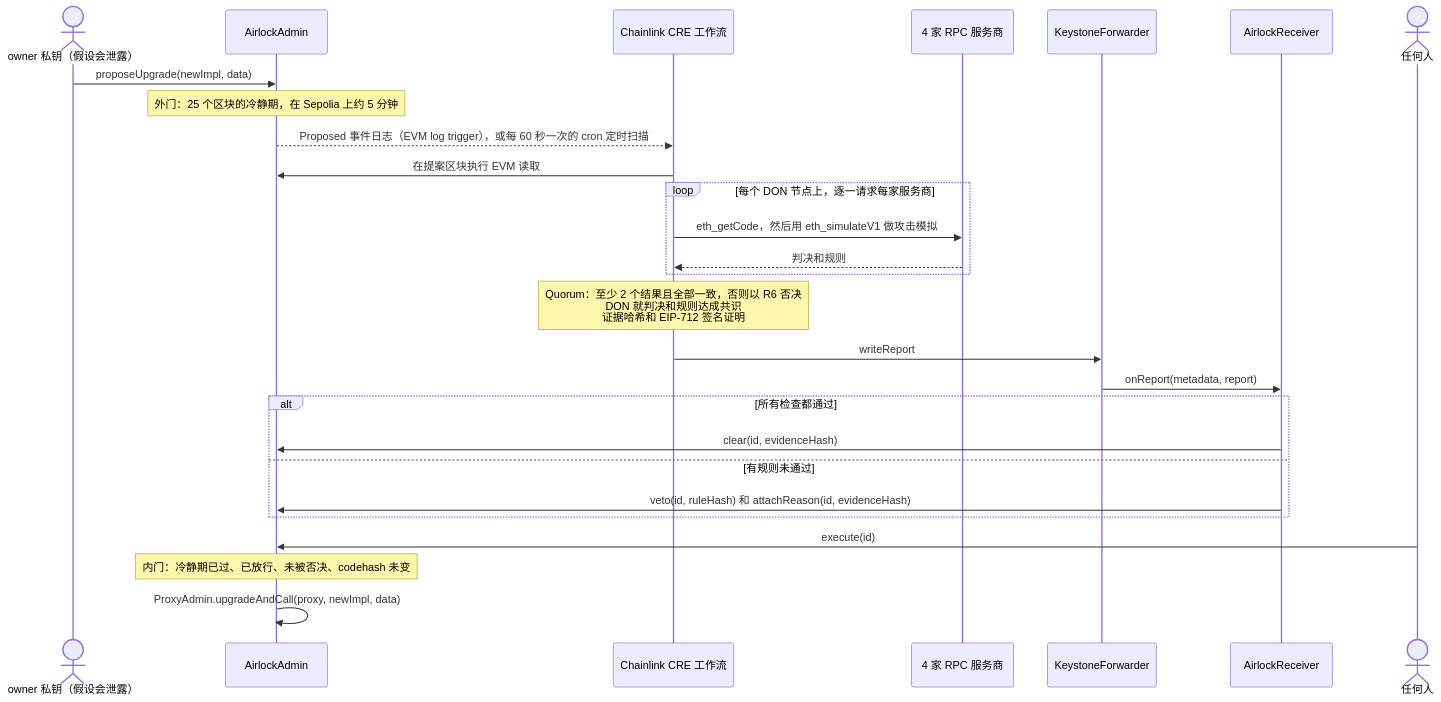
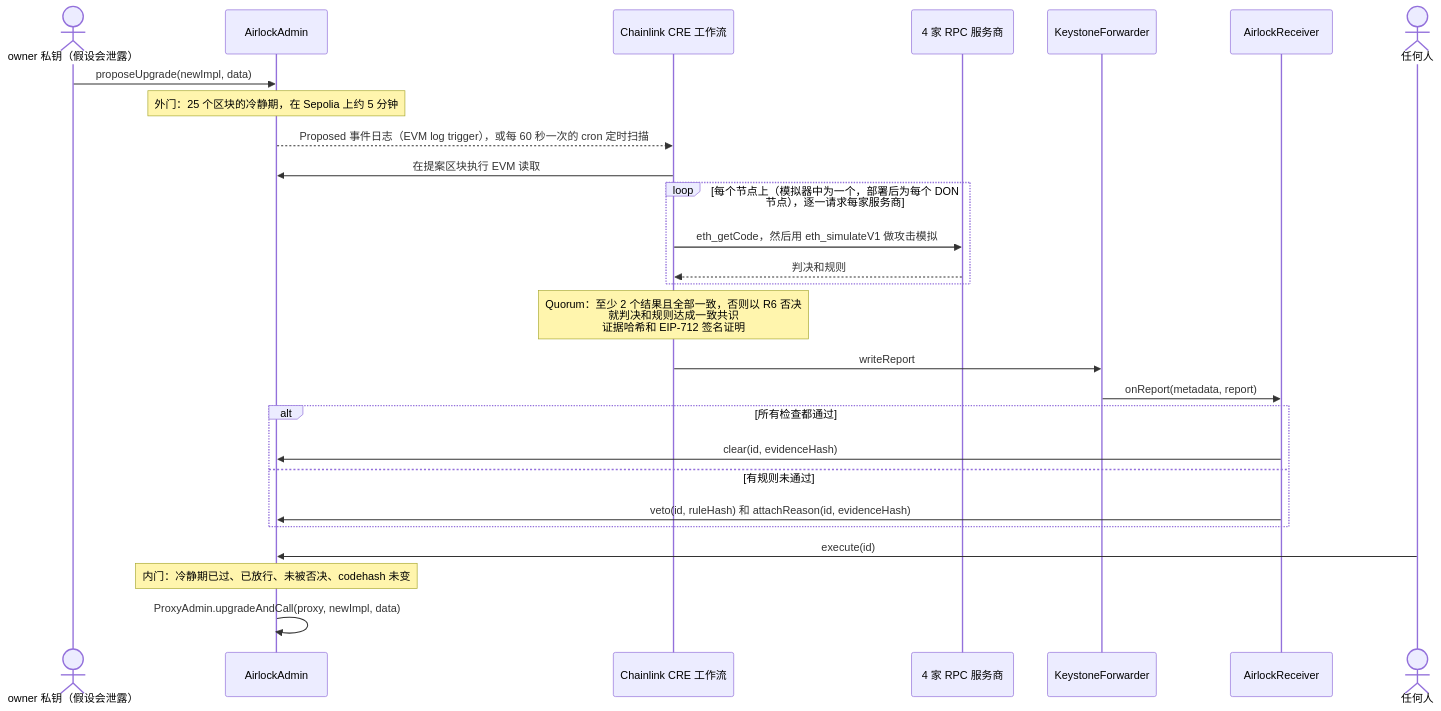
The diagram in README.zh-CN.md (tedinroc/upgrade-airlock), drawn with Mermaid before and after one commit. The commit also changed other lines of this file and 37 other files, not shown here.

````diff
--- a/README.zh-CN.md
+++ b/README.zh-CN.md
@@ -49,30 +50,30 @@
 ```mermaid
 sequenceDiagram
     actor Owner as owner 私钥（假设会泄露）
     participant Admin as AirlockAdmin
     participant CRE as Chainlink CRE 工作流
     participant RPC as 4 家 RPC 服务商
     participant Fwd as KeystoneForwarder
     participant Recv as AirlockReceiver
     actor Anyone as 任何人
 
     Owner->>Admin: proposeUpgrade(newImpl, data)
     Note over Admin: 外门：25 个区块的冷静期，在 Sepolia 上约 5 分钟
     Admin-->>CRE: Proposed 事件日志（EVM log trigger），或每 60 秒一次的 cron 定时扫描
     CRE->>Admin: 在提案区块执行 EVM 读取
-    loop 每个 DON 节点上，逐一请求每家服务商
+    loop 每个节点上（模拟器中为一个，部署后为每个 DON 节点），逐一请求每家服务商
         CRE->>RPC: eth_getCode，然后用 eth_simulateV1 做攻击模拟
         RPC-->>CRE: 判决和规则
     end
-    Note over CRE: Quorum：至少 2 个结果且全部一致，否则以 R6 否决<br/>DON 就判决和规则达成共识<br/>证据哈希和 EIP-712 签名证明
+    Note over CRE: Quorum：至少 2 个结果且全部一致，否则以 R6 否决<br/>就判决和规则达成一致共识<br/>证据哈希和 EIP-712 签名证明
     CRE->>Fwd: writeReport
     Fwd->>Recv: onReport(metadata, report)
     alt 所有检查都通过
         Recv->>Admin: clear(id, evidenceHash)
     else 有规则未通过
         Recv->>Admin: veto(id, ruleHash) 和 attachReason(id, evidenceHash)
     end
     Anyone->>Admin: execute(id)
     Note over Admin: 内门：冷静期已过、已放行、未被否决、codehash 未变
     Admin->>Admin: ProxyAdmin.upgradeAndCall(proxy, newImpl, data)
 ```
````
